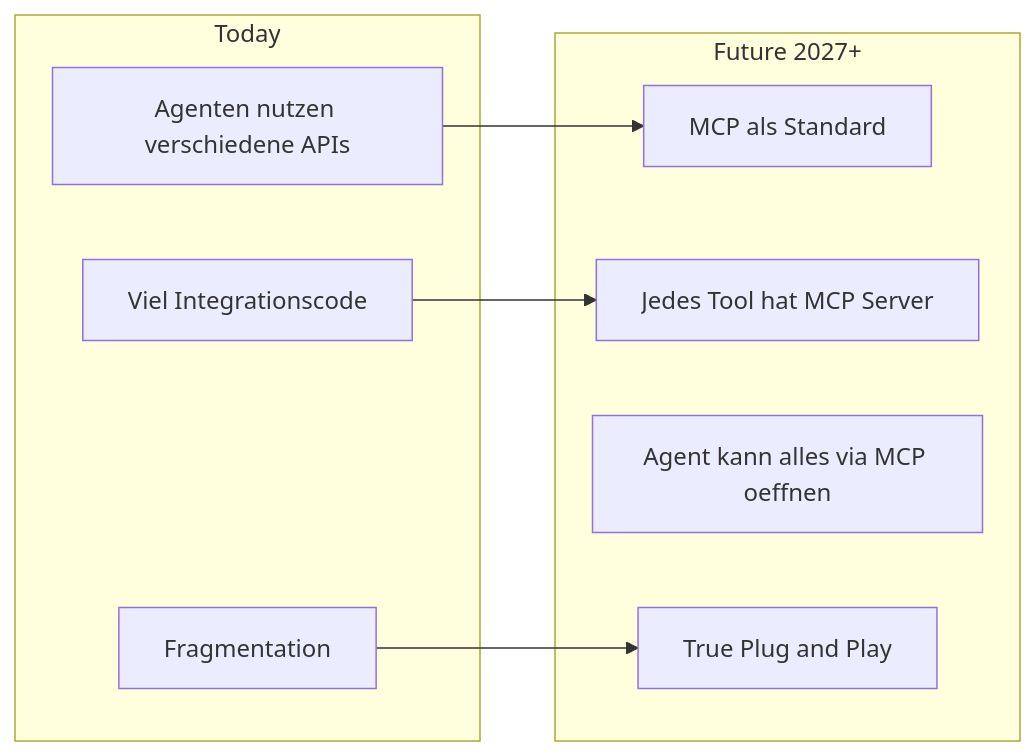
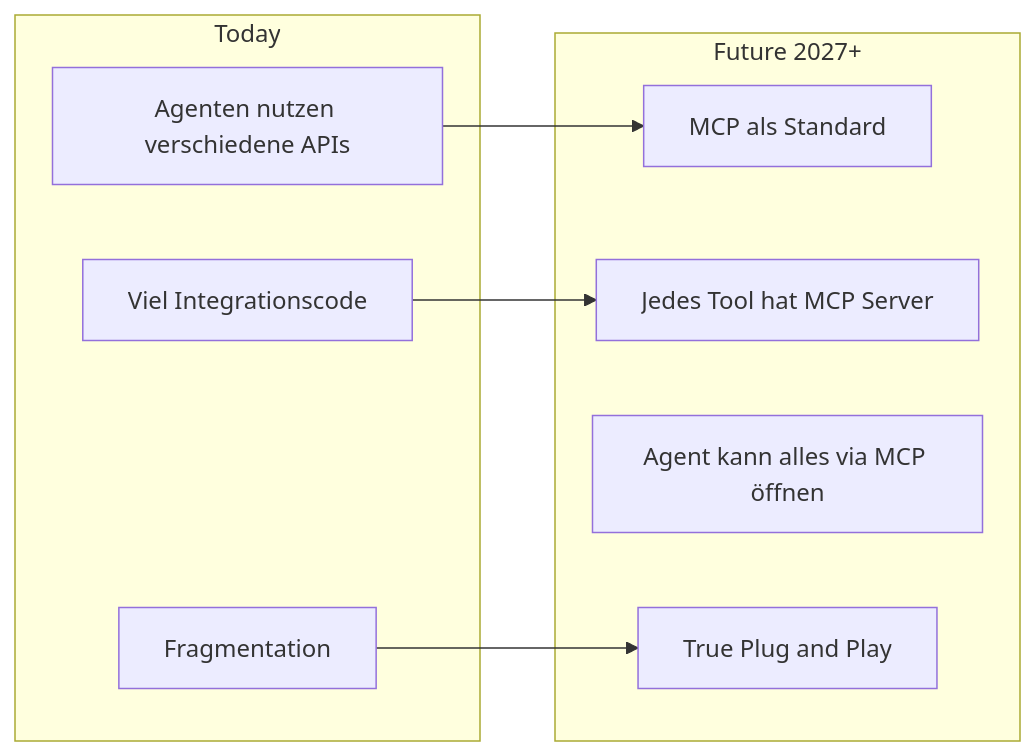
Before and after one commit to soenkelange/ai-lab-3-agentic-programming: the eighth of 9 diagrams in 04-mcp-and-tooling/mcp-core-concepts.md, drawn with Mermaid. The commit also changed other lines of this file and 31 other files, not shown here.

````diff
--- a/04-mcp-and-tooling/mcp-core-concepts.md
+++ b/04-mcp-and-tooling/mcp-core-concepts.md
@@ -284,19 +284,19 @@
 ```mermaid
 flowchart LR
     subgraph T[Today]
         T1[Agenten nutzen verschiedene APIs]
         T2[Viel Integrationscode]
         T3[Fragmentation]
     end
 
     subgraph F[Future 2027+]
         F1[MCP als Standard]
         F2[Jedes Tool hat MCP Server]
-        F3[Agent kann alles via MCP oeffnen]
+        F3[Agent kann alles via MCP öffnen]
         F4[True Plug and Play]
     end
 
     T1 --> F1
     T2 --> F2
     T3 --> F4
 ```
````
